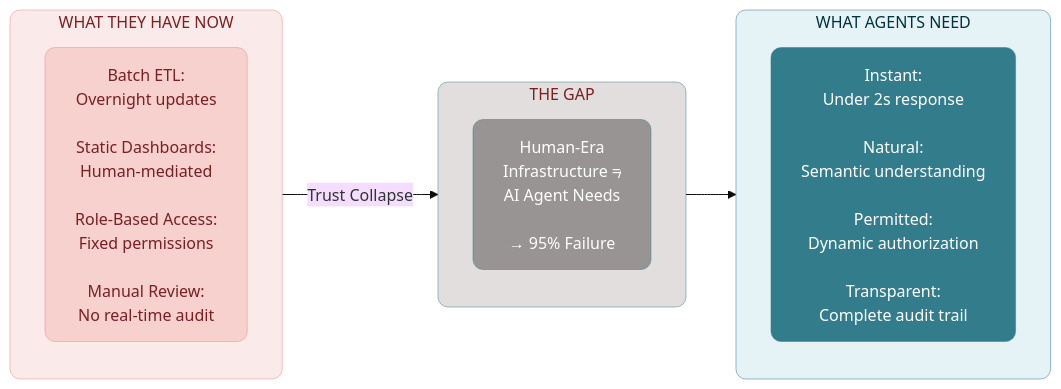
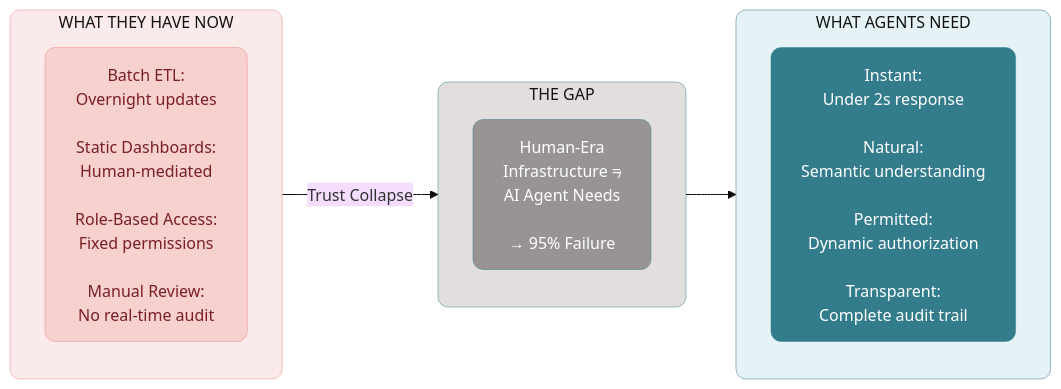
The first of 6 diagrams in manuscript/02_chapter_1_why_agents_fail.md (saitejesh-cyber/trust-before-intelligence-book), drawn with Mermaid (base theme) before and after one commit. The commit also changed other lines of this file and 12 other files, not shown here.

````diff
--- a/manuscript/02_chapter_1_why_agents_fail.md
+++ b/manuscript/02_chapter_1_why_agents_fail.md
@@ -7,29 +7,29 @@
 ```mermaid
 
 graph LR
     subgraph BUILT["WHAT THEY HAVE NOW"]
         direction TB
         B1["Batch ETL:<br/>Overnight updates<br/><br/>Static Dashboards:<br/>Human-mediated<br/><br/>Role-Based Access:<br/>Fixed permissions<br/><br/>Manual Review:<br/>No real-time audit"]
     end
     
     subgraph GAP["THE GAP"]
         direction TB
         G1["Human-Era<br/>Infrastructure ≠<br/>AI Agent Needs<br/><br/>→ 95% Failure"]
     end
     
     subgraph NEED["WHAT AGENTS NEED"]
         direction TB
         N1["Instant:<br/>Under 2s response<br/><br/>Natural:<br/>Semantic understanding<br/><br/>Permitted:<br/>Dynamic authorization<br/><br/>Transparent:<br/>Complete audit trail"]
     end
     
     BUILT -->|"Trust Collapse"| GAP --> NEED
     
-    style BUILT fill:#FBEAEA,stroke:#EB898B,stroke-width:0.5px,color:#7A1F22, rx:10,ry:10
+    style BUILT fill:#FBEAEA,stroke:#EB898B,stroke-width:0.5px,color:#121212, rx:10,ry:10
     style B1 fill:#F6D1CE,stroke:#EB898B,stroke-width:0.5px,color:#7A1F22,rx:10,ry:10
-    style GAP fill:#e3dede,color:#7A1F22,stroke:#30838C,stroke-width:0.5px,rx:10,ry:10
+    style GAP fill:#e3dede,color:#121212,stroke:#30838C,stroke-width:0.5px,rx:10,ry:10
     style G1 fill:#999494 ,color:#ffffff,stroke:#30838C,stroke-width:0.5px,rx:10,ry:10
-    style NEED fill:#E6F3F6,stroke:#32738C,stroke-width:0.5px,color:#00323D,rx:10,ry:10
+    style NEED fill:#E6F3F6,stroke:#32738C,stroke-width:0.5px,color:#121212,rx:10,ry:10
     style N1 fill:#327C8C,stroke:#30838C,stroke-width:0.5px,color:#ffffff,rx:10,ry:10
     
 
 ```
````
